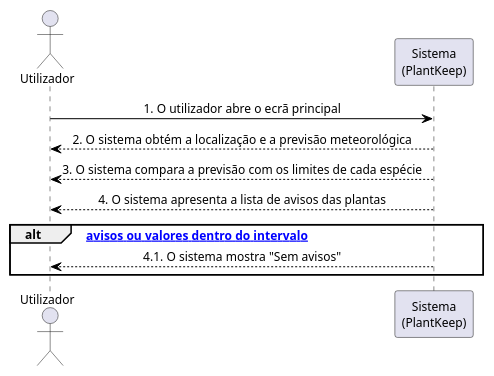
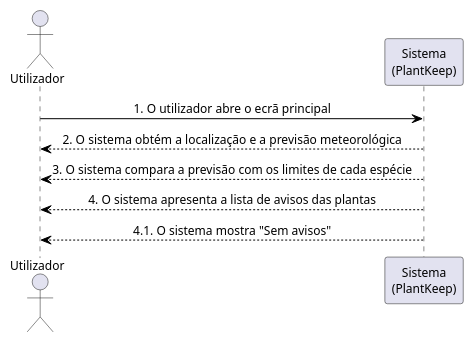
The diagram in .docs/diagramas/SSDs/uc06.puml (compaqle/DSSMV_ProjectDroid_1251486_1251506), drawn with PlantUML before and after one commit. The commit also changed 9 other files, not shown here.

```diff
--- a/.docs/diagramas/SSDs/uc06.puml
+++ b/.docs/diagramas/SSDs/uc06.puml
@@ -1,15 +1,13 @@
 @startuml
 skinparam defaultFontSize 12
 skinparam sequenceMessageAlign center
 skinparam ArrowColor #000000
 skinparam sequenceArrowColor #000000
 actor "Utilizador" as u
 participant "Sistema\n(PlantKeep)" as s
 u -> s : 1. O utilizador abre o ecrã principal
 s --> u : 2. O sistema obtém a localização e a previsão meteorológica
 s --> u : 3. O sistema compara a previsão com os limites de cada espécie
 s --> u : 4. O sistema apresenta a lista de avisos das plantas
-alt [Sem avisos ou valores dentro do intervalo]
-    s --> u : 4.1. O sistema mostra "Sem avisos"
-end
+s --> u : 4.1. O sistema mostra "Sem avisos"
 @enduml
```
